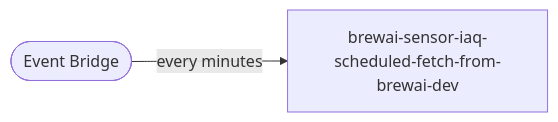
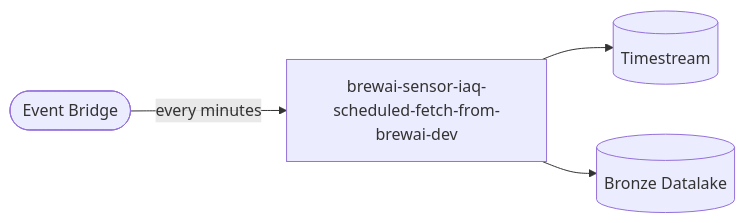
One commit to MrEthic/FAIC-Forecasting-Indoor changed the fourth of 7 diagrams in README.md. Above: the diagram before and after it, drawn with Mermaid. The commit also changed other lines of this file, not shown here.

````diff
--- a/README.md
+++ b/README.md
@@ -289,4 +376,11 @@
 ```mermaid
     flowchart LR
-        event([Event Bridge])-- every minutes -->l[brewai-sensor-iaq-scheduled-fetch-from-brewai-dev]
+        event([Event Bridge])
+        l[brewai-sensor-iaq-scheduled-fetch-from-brewai-dev]
+        db[(Timestream)]
+        s3[(Bronze Datalake)]
+
+        event-- every minutes -->l
+        l-->db
+        l-->s3
 ```
````
